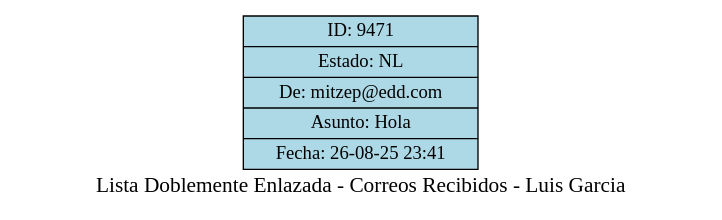
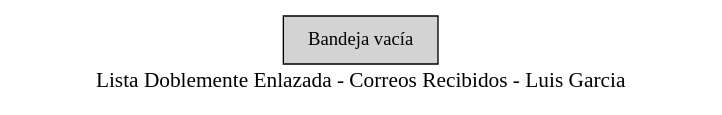
The diagram in Fase1/src/lgarcia-Reportes/correos_recibidos_lgarcia.dot (JoseArt777/-EDD-1S2025_202100305), drawn with Graphviz before and after one commit. The commit also changed 18 other files, not shown here.

```diff
--- a/Fase1/src/lgarcia-Reportes/correos_recibidos_lgarcia.dot
+++ b/Fase1/src/lgarcia-Reportes/correos_recibidos_lgarcia.dot
@@ -1,7 +1,7 @@
 digraph G {
     label="Lista Doblemente Enlazada - Correos Recibidos - Luis Garcia";
     fontsize=16;
     rankdir=LR;
     node [shape=record, style=filled];
-    correo_9471 [label="ID: 9471|Estado: NL|De: mitzep@edd.com|Asunto: Hola|Fecha: 26-08-25 23:41", fillcolor=lightblue];
+    empty [label="Bandeja vacía", fillcolor=lightgray];
 }
```
